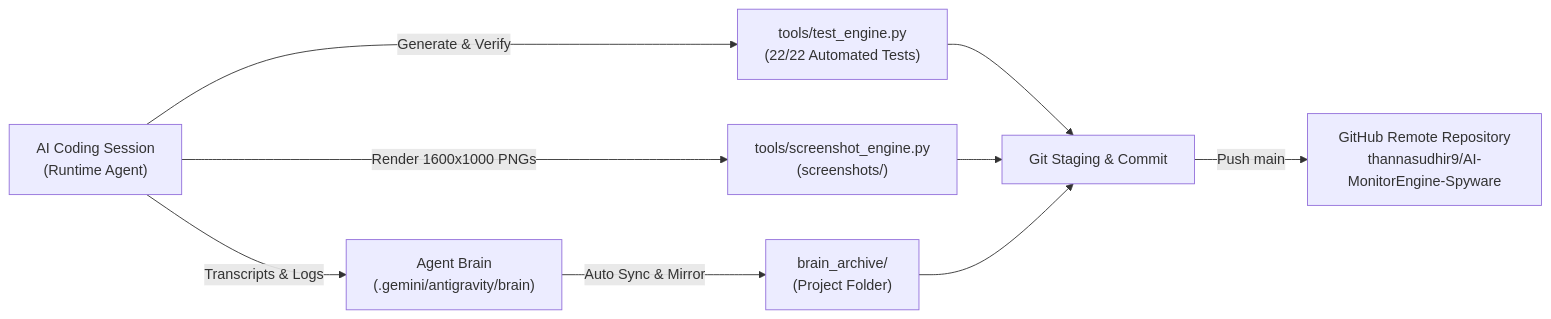
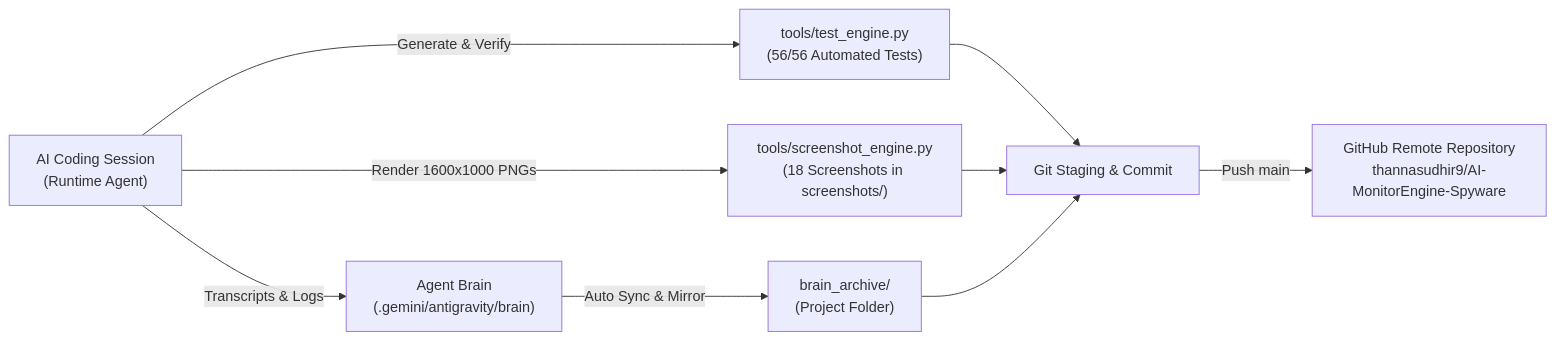
One commit to thannasudhir9/AI-MonitorEngine-Spyware changed the fourth of 6 diagrams in docs/DESIGN_AND_ARCHITECTURE.md. Above: the diagram before and after it, drawn with Mermaid. The commit also changed other lines of this file and 20 other files, not shown here.

````diff
--- a/docs/DESIGN_AND_ARCHITECTURE.md
+++ b/docs/DESIGN_AND_ARCHITECTURE.md
@@ -259,11 +261,11 @@
 ```mermaid
 flowchart LR
     DevSession["AI Coding Session\n(Runtime Agent)"] -->|Transcripts & Logs| Brain["Agent Brain\n(.gemini/antigravity/brain)"]
     Brain -->|Auto Sync & Mirror| Archive["brain_archive/\n(Project Folder)"]
-    DevSession -->|Generate & Verify| TestEngine["tools/test_engine.py\n(22/22 Automated Tests)"]
-    DevSession -->|Render 1600x1000 PNGs| ScreenEngine["tools/screenshot_engine.py\n(screenshots/)"]
+    DevSession -->|Generate & Verify| TestEngine["tools/test_engine.py\n(56/56 Automated Tests)"]
+    DevSession -->|Render 1600x1000 PNGs| ScreenEngine["tools/screenshot_engine.py\n(18 Screenshots in screenshots/)"]
     TestEngine --> GitCommit["Git Staging & Commit"]
     ScreenEngine --> GitCommit
     Archive --> GitCommit
     GitCommit -->|Push main| GitHub["GitHub Remote Repository\nthannasudhir9/AI-MonitorEngine-Spyware"]
 ```
````
